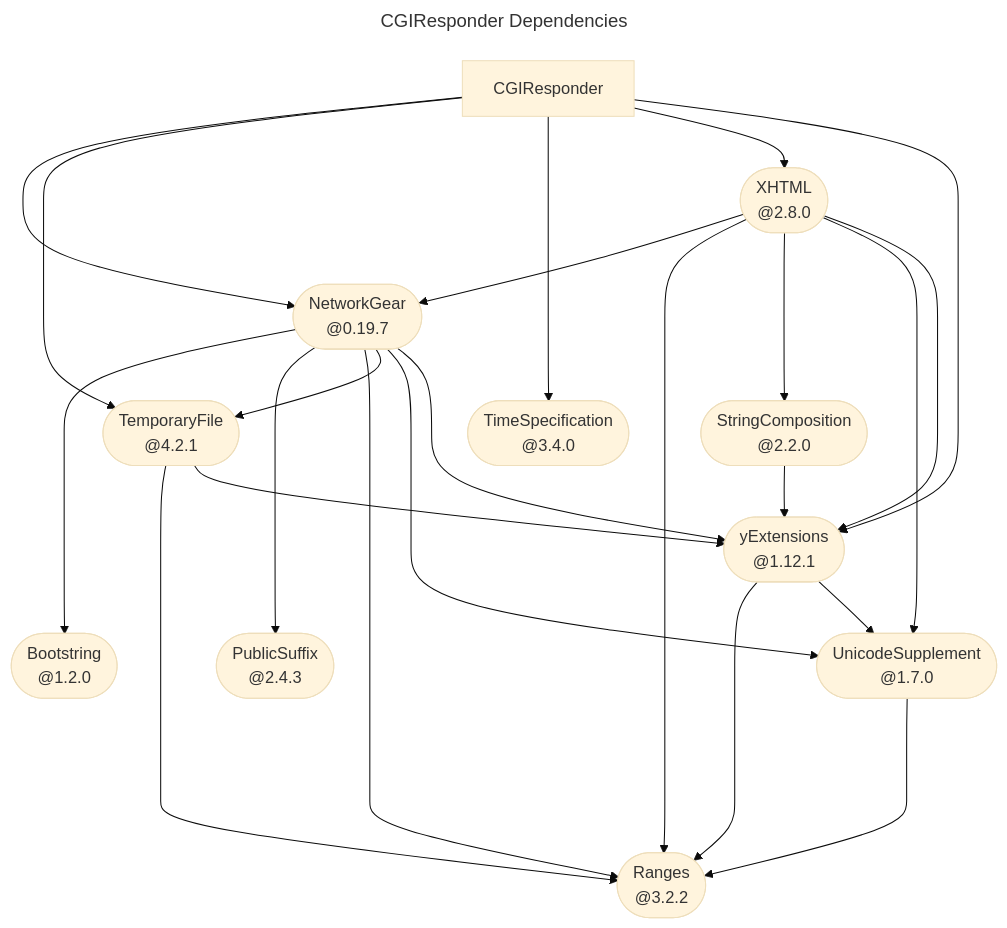
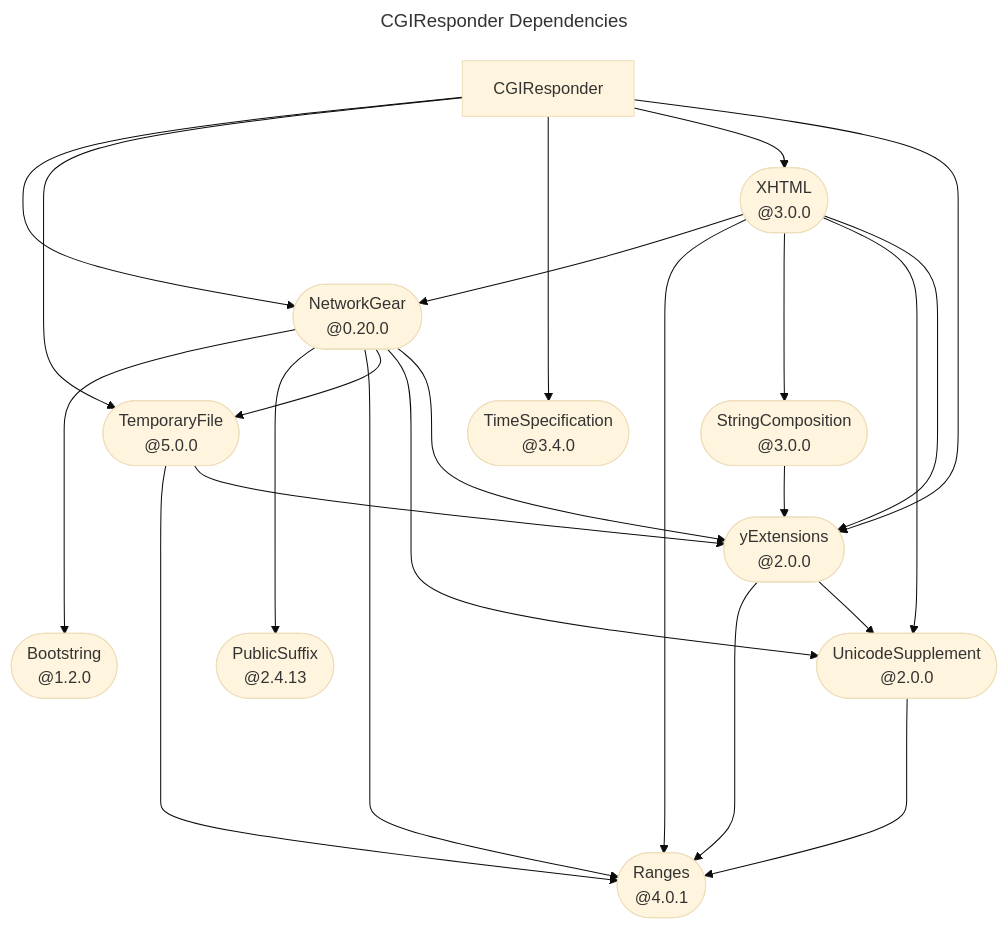
The diagram in README.md (YOCKOW/SwiftCGIResponder), drawn with Mermaid (base theme) before and after one commit.

Commit message:
Update "./README.md".
This commit is done by the workflow in [SwiftPackageHelperTools](https://GitHub.com/YOCKOW/SwiftPackageHelperTools.git).
- UUID: 63bbc344-b901-4c60-b844-554e62ec07a6
- Date: 2026-03-23 08:25:39+0000

````diff
--- a/README.md
+++ b/README.md
@@ -15,53 +15,53 @@
 ```mermaid
 ---
 title: CGIResponder Dependencies
 ---
 flowchart TD
   swiftbootstring(["Bootstring<br>@1.2.0"])
   swiftcgiresponder["CGIResponder"]
-  swiftnetworkgear(["NetworkGear<br>@0.19.7"])
-  swiftpublicsuffix(["PublicSuffix<br>@2.4.3"])
-  swiftranges(["Ranges<br>@3.2.2"])
-  swiftstringcomposition(["StringComposition<br>@2.2.0"])
-  swifttemporaryfile(["TemporaryFile<br>@4.2.1"])
+  swiftnetworkgear(["NetworkGear<br>@0.20.0"])
+  swiftpublicsuffix(["PublicSuffix<br>@2.4.13"])
+  swiftranges(["Ranges<br>@4.0.1"])
+  swiftstringcomposition(["StringComposition<br>@3.0.0"])
+  swifttemporaryfile(["TemporaryFile<br>@5.0.0"])
   swifttimespecification(["TimeSpecification<br>@3.4.0"])
-  swiftunicodesupplement(["UnicodeSupplement<br>@1.7.0"])
-  swiftxhtml(["XHTML<br>@2.8.0"])
-  yswiftextensions(["yExtensions<br>@1.12.1"])
+  swiftunicodesupplement(["UnicodeSupplement<br>@2.0.0"])
+  swiftxhtml(["XHTML<br>@3.0.0"])
+  yswiftextensions(["yExtensions<br>@2.0.0"])
 
   click swiftbootstring href "https://github.com/YOCKOW/SwiftBootstring.git"
   click swiftnetworkgear href "https://github.com/YOCKOW/SwiftNetworkGear.git"
   click swiftpublicsuffix href "https://github.com/YOCKOW/SwiftPublicSuffix.git"
   click swiftranges href "https://github.com/YOCKOW/SwiftRanges.git"
   click swiftstringcomposition href "https://github.com/YOCKOW/SwiftStringComposition.git"
   click swifttemporaryfile href "https://github.com/YOCKOW/SwiftTemporaryFile.git"
   click swifttimespecification href "https://github.com/YOCKOW/SwiftTimeSpecification.git"
   click swiftunicodesupplement href "https://github.com/YOCKOW/SwiftUnicodeSupplement.git"
   click swiftxhtml href "https://github.com/YOCKOW/SwiftXHTML.git"
   click yswiftextensions href "https://github.com/YOCKOW/ySwiftExtensions.git"
 
   swiftcgiresponder --> swiftnetworkgear
   swiftcgiresponder --> swifttemporaryfile
   swiftcgiresponder ----> swifttimespecification
   swiftcgiresponder --> swiftxhtml
   swiftcgiresponder --> yswiftextensions
   swiftnetworkgear ----> swiftbootstring
   swiftnetworkgear ----> swiftpublicsuffix
   swiftnetworkgear ----> swiftranges
   swiftnetworkgear --> swifttemporaryfile
   swiftnetworkgear --> swiftunicodesupplement
   swiftnetworkgear --> yswiftextensions
   swiftstringcomposition --> yswiftextensions
   swifttemporaryfile ----> swiftranges
   swifttemporaryfile --> yswiftextensions
   swiftunicodesupplement ----> swiftranges
   swiftxhtml --> swiftnetworkgear
   swiftxhtml ----> swiftranges
   swiftxhtml --> swiftstringcomposition
   swiftxhtml --> swiftunicodesupplement
   swiftxhtml --> yswiftextensions
   yswiftextensions ----> swiftranges
   yswiftextensions --> swiftunicodesupplement
 
 
 ```
````
